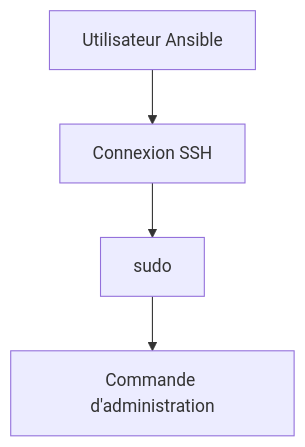
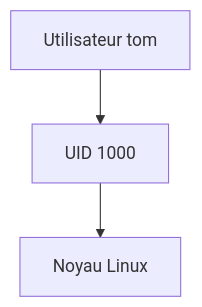
One commit to tdelaclos/formations changed diagram 16 of 21 in campagne 1/1.7.md. Above: the diagram before and after it, drawn with Mermaid. The commit also changed other lines of this file, not shown here.

````diff
--- a/campagne 1/1.7.md
+++ b/campagne 1/1.7.md
@@ -673,15 +953,12 @@
 ```mermaid
 flowchart TD
 
-A["Utilisateur Ansible"]
+A["Utilisateur tom"]
 
-B["Connexion SSH"]
+B["UID 1000"]
 
-C["sudo"]
-
-D["Commande d'administration"]
+C["Noyau Linux"]
 
 A --> B
 B --> C
-C --> D
 ```
````
